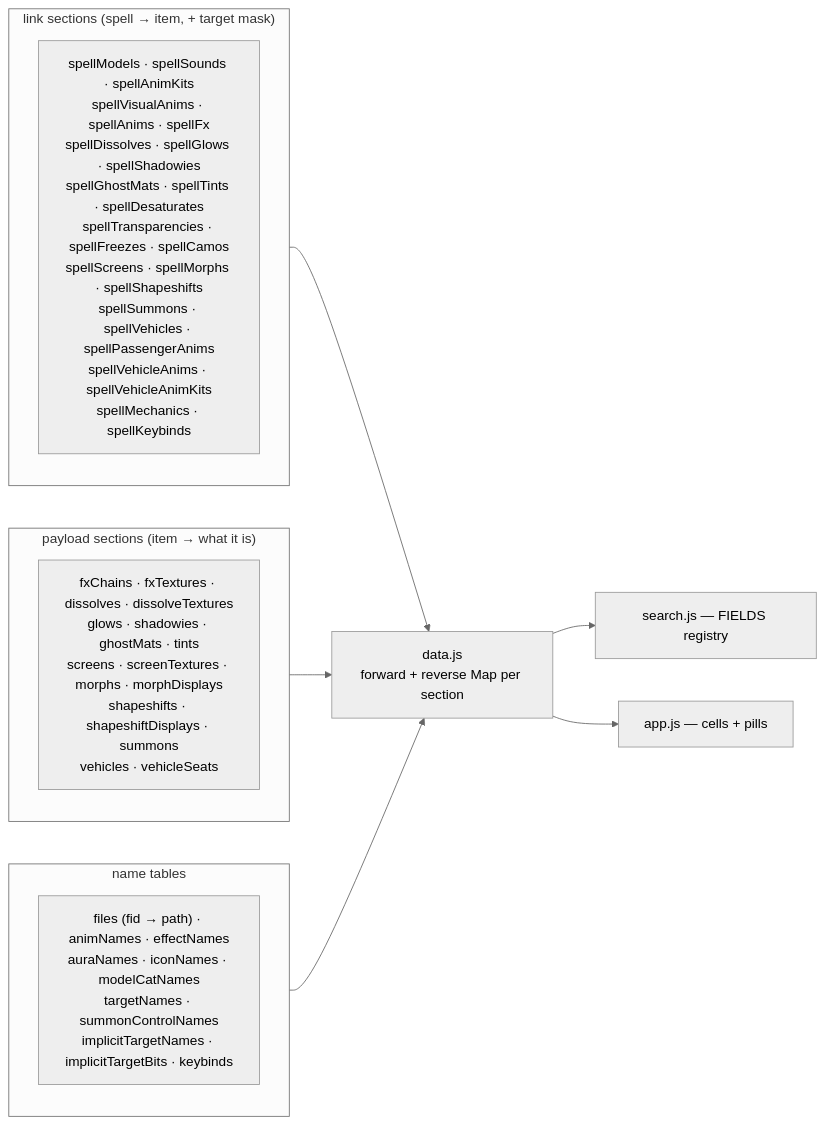
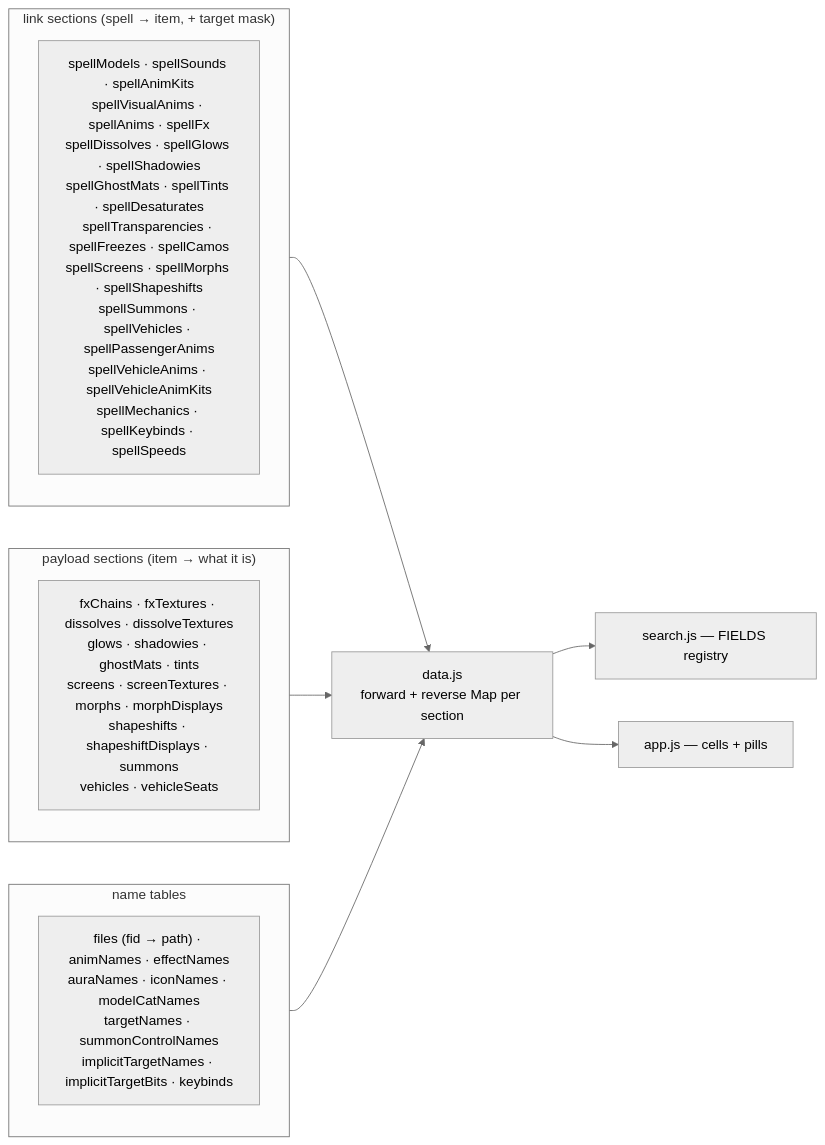
One commit to Natans8/Epsilook changed diagram 15 of 16 in DATA_ROUTES.md. Above: the diagram before and after it, drawn with Mermaid (neutral theme). The commit also changed other lines of this file and 21 other files, not shown here.

````diff
--- a/DATA_ROUTES.md
+++ b/DATA_ROUTES.md
@@ -676,17 +748,17 @@
 ```mermaid
 flowchart LR
   subgraph LINK["link sections (spell → item, + target mask)"]
-    L1["spellModels · spellSounds · spellAnimKits<br/>spellVisualAnims · spellAnims · spellFx<br/>spellDissolves · spellGlows · spellShadowies<br/>spellGhostMats · spellTints · spellDesaturates<br/>spellTransparencies · spellFreezes · spellCamos<br/>spellScreens · spellMorphs · spellShapeshifts<br/>spellSummons · spellVehicles · spellPassengerAnims<br/>spellVehicleAnims · spellVehicleAnimKits<br/>spellMechanics · spellKeybinds"]
+    L1["spellModels · spellSounds · spellAnimKits<br/>spellVisualAnims · spellAnims · spellFx<br/>spellDissolves · spellGlows · spellShadowies<br/>spellGhostMats · spellTints · spellDesaturates<br/>spellTransparencies · spellFreezes · spellCamos<br/>spellScreens · spellMorphs · spellShapeshifts<br/>spellSummons · spellVehicles · spellPassengerAnims<br/>spellVehicleAnims · spellVehicleAnimKits<br/>spellMechanics · spellKeybinds · spellSpeeds"]
   end
   subgraph PAY["payload sections (item → what it is)"]
     P1["fxChains · fxTextures · dissolves · dissolveTextures<br/>glows · shadowies · ghostMats · tints<br/>screens · screenTextures · morphs · morphDisplays<br/>shapeshifts · shapeshiftDisplays · summons<br/>vehicles · vehicleSeats"]
   end
   subgraph NAME["name tables"]
     N1["files (fid → path) · animNames · effectNames<br/>auraNames · iconNames · modelCatNames<br/>targetNames · summonControlNames<br/>implicitTargetNames · implicitTargetBits · keybinds"]
   end
   LINK --> IDX["data.js<br/>forward + reverse Map per section"]
   PAY --> IDX
   NAME --> IDX
   IDX --> Q["search.js — FIELDS registry"]
   IDX --> R["app.js — cells + pills"]
 ```
````
